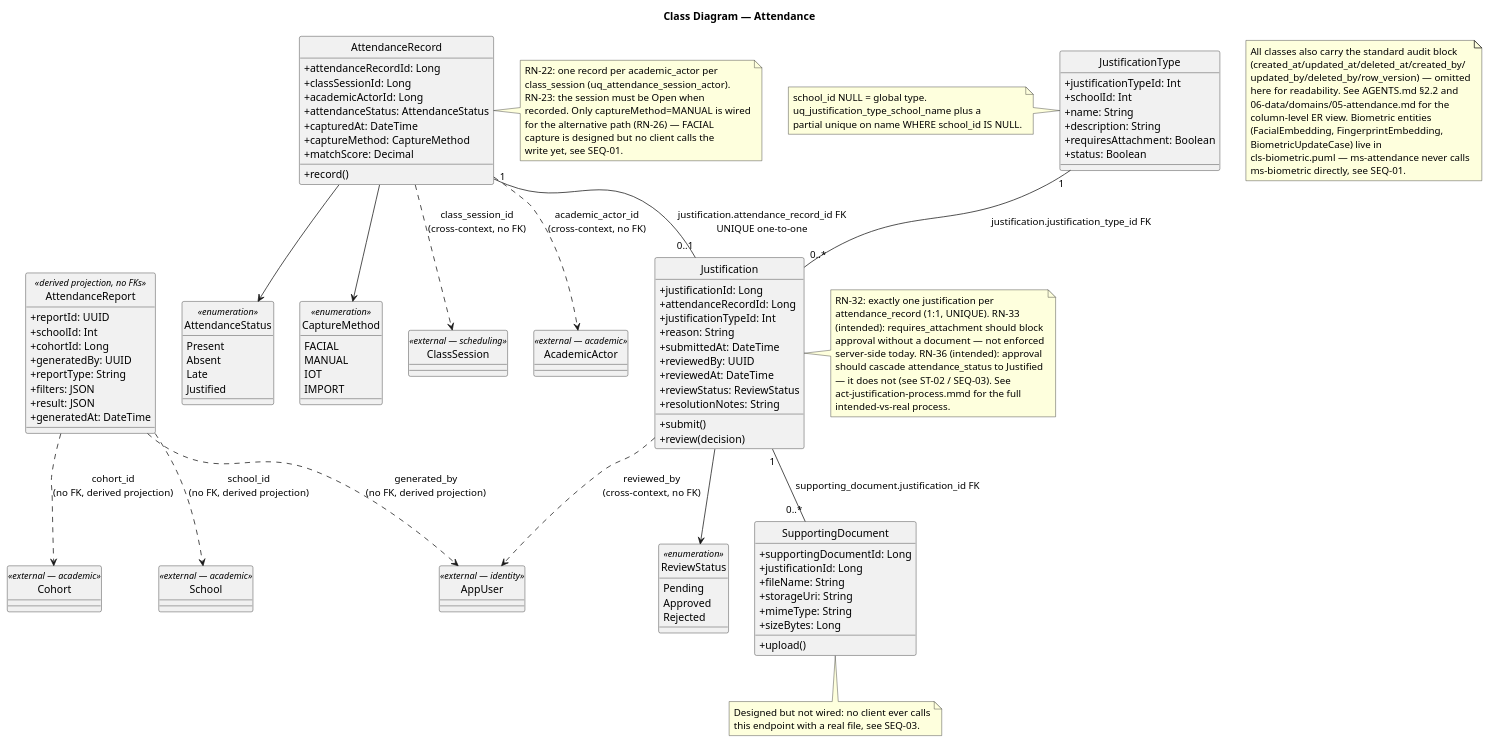
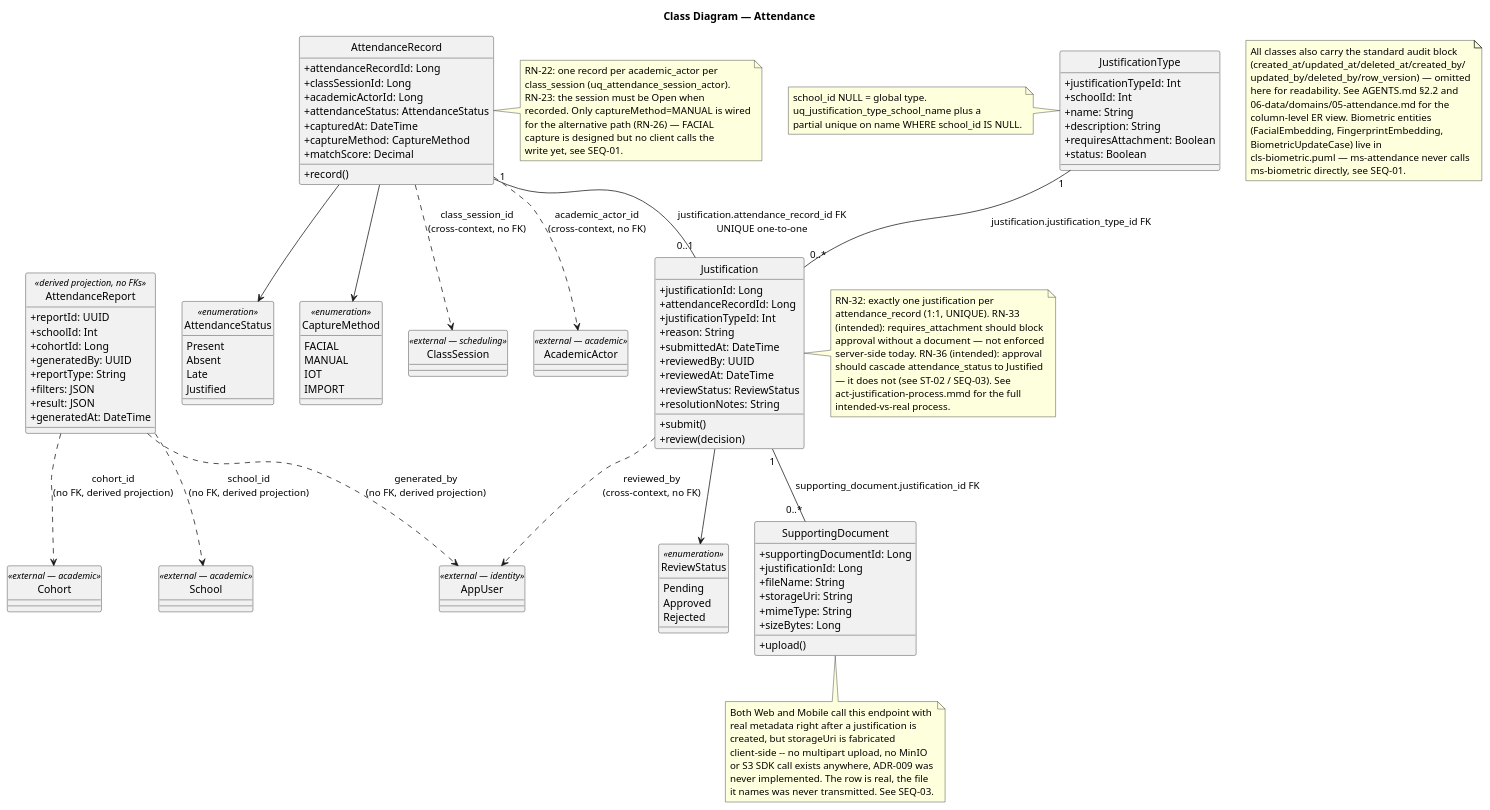
One commit to code-sena/fae-docs changed the diagram in 08-uml/diagrams/source/cls-attendance.puml. Above: the diagram before and after it, drawn with PlantUML.

Commit message:
fix(uml): correct supporting document note in attendance class diagram

```diff
--- a/08-uml/diagrams/source/cls-attendance.puml
+++ b/08-uml/diagrams/source/cls-attendance.puml
@@ -1,153 +1,158 @@
 @startuml cls-attendance
 title Class Diagram — Attendance
 
 skinparam classAttributeIconSize 0
 hide circle
 
 class ClassSession <<external — scheduling>> {
 }
 class AcademicActor <<external — academic>> {
 }
 class School <<external — academic>> {
 }
 class Cohort <<external — academic>> {
 }
 class AppUser <<external — identity>> {
 }
 
 enum AttendanceStatus <<enumeration>> {
   Present
   Absent
   Late
   Justified
 }
 
 enum CaptureMethod <<enumeration>> {
   FACIAL
   MANUAL
   IOT
   IMPORT
 }
 
 enum ReviewStatus <<enumeration>> {
   Pending
   Approved
   Rejected
 }
 
 class AttendanceRecord {
   +attendanceRecordId: Long
   +classSessionId: Long
   +academicActorId: Long
   +attendanceStatus: AttendanceStatus
   +capturedAt: DateTime
   +captureMethod: CaptureMethod
   +matchScore: Decimal
   +record()
 }
 
 class JustificationType {
   +justificationTypeId: Int
   +schoolId: Int
   +name: String
   +description: String
   +requiresAttachment: Boolean
   +status: Boolean
 }
 
 class Justification {
   +justificationId: Long
   +attendanceRecordId: Long
   +justificationTypeId: Int
   +reason: String
   +submittedAt: DateTime
   +reviewedBy: UUID
   +reviewedAt: DateTime
   +reviewStatus: ReviewStatus
   +resolutionNotes: String
   +submit()
   +review(decision)
 }
 
 class SupportingDocument {
   +supportingDocumentId: Long
   +justificationId: Long
   +fileName: String
   +storageUri: String
   +mimeType: String
   +sizeBytes: Long
   +upload()
 }
 
 class AttendanceReport <<derived projection, no FKs>> {
   +reportId: UUID
   +schoolId: Int
   +cohortId: Long
   +generatedBy: UUID
   +reportType: String
   +filters: JSON
   +result: JSON
   +generatedAt: DateTime
 }
 
 AttendanceRecord "1" -- "0..1" Justification : justification.attendance_record_id FK\nUNIQUE one-to-one
 JustificationType "1" -- "0..*" Justification : justification.justification_type_id FK
 Justification "1" -- "0..*" SupportingDocument : supporting_document.justification_id FK
 AttendanceRecord --> AttendanceStatus
 AttendanceRecord --> CaptureMethod
 Justification --> ReviewStatus
 
 AttendanceRecord ..> ClassSession : class_session_id\n(cross-context, no FK)
 AttendanceRecord ..> AcademicActor : academic_actor_id\n(cross-context, no FK)
 Justification ..> AppUser : reviewed_by\n(cross-context, no FK)
 AttendanceReport ..> School : school_id\n(no FK, derived projection)
 AttendanceReport ..> Cohort : cohort_id\n(no FK, derived projection)
 AttendanceReport ..> AppUser : generated_by\n(no FK, derived projection)
 
 note right of AttendanceRecord
   RN-22: one record per academic_actor per
   class_session (uq_attendance_session_actor).
   RN-23: the session must be Open when
   recorded. Only captureMethod=MANUAL is wired
   for the alternative path (RN-26) — FACIAL
   capture is designed but no client calls the
   write yet, see SEQ-01.
 end note
 
 note left of JustificationType
   school_id NULL = global type.
   uq_justification_type_school_name plus a
   partial unique on name WHERE school_id IS NULL.
 end note
 
 note right of Justification
   RN-32: exactly one justification per
   attendance_record (1:1, UNIQUE). RN-33
   (intended): requires_attachment should block
   approval without a document — not enforced
   server-side today. RN-36 (intended): approval
   should cascade attendance_status to Justified
   — it does not (see ST-02 / SEQ-03). See
   act-justification-process.mmd for the full
   intended-vs-real process.
 end note
 
 note bottom of SupportingDocument
-  Designed but not wired: no client ever calls
-  this endpoint with a real file, see SEQ-03.
+  Both Web and Mobile call this endpoint with
+  real metadata right after a justification is
+  created, but storageUri is fabricated
+  client-side -- no multipart upload, no MinIO
+  or S3 SDK call exists anywhere, ADR-009 was
+  never implemented. The row is real, the file
+  it names was never transmitted. See SEQ-03.
 end note
 
 note as N1
   All classes also carry the standard audit block
   (created_at/updated_at/deleted_at/created_by/
   updated_by/deleted_by/row_version) — omitted
   here for readability. See AGENTS.md §2.2 and
   06-data/domains/05-attendance.md for the
   column-level ER view. Biometric entities
   (FacialEmbedding, FingerprintEmbedding,
   BiometricUpdateCase) live in
   cls-biometric.puml — ms-attendance never calls
   ms-biometric directly, see SEQ-01.
 end note
 
 @enduml
```
